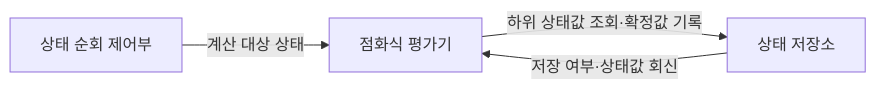
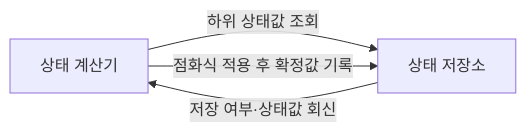
Before and after one commit to agnusdei1207/knowledge-base: the first of 2 diagrams in src/content/docs/notes/01-basic-theory/013_dynamic_programming.md, drawn with Mermaid. The commit also changed other lines of this file and 7 other files, not shown here.

````diff
--- a/src/content/docs/notes/01-basic-theory/013_dynamic_programming.md
+++ b/src/content/docs/notes/01-basic-theory/013_dynamic_programming.md
@@ -62,6 +62,6 @@
 ```mermaid
 flowchart LR
-    P[상태 순회 제어부] -->|계산 대상 상태| E[점화식 평가기]
-    E -->|하위 상태값 조회·확정값 기록| M[상태 저장소]
-    M -->|저장 여부·상태값 회신| E
+    P[상태 계산기] -->|하위 상태값 조회| M[상태 저장소]
+    P -->|점화식 적용 후 확정값 기록| M
+    M -->|저장 여부·상태값 회신| P
 ```
````
